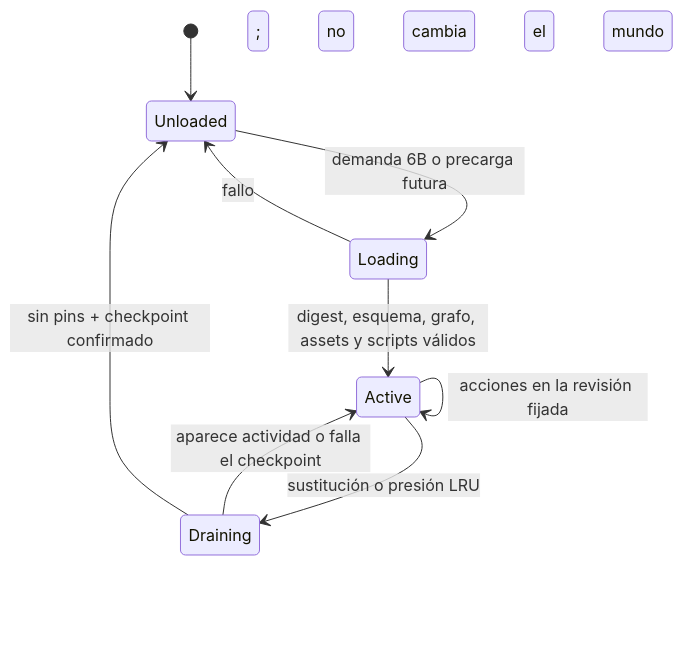
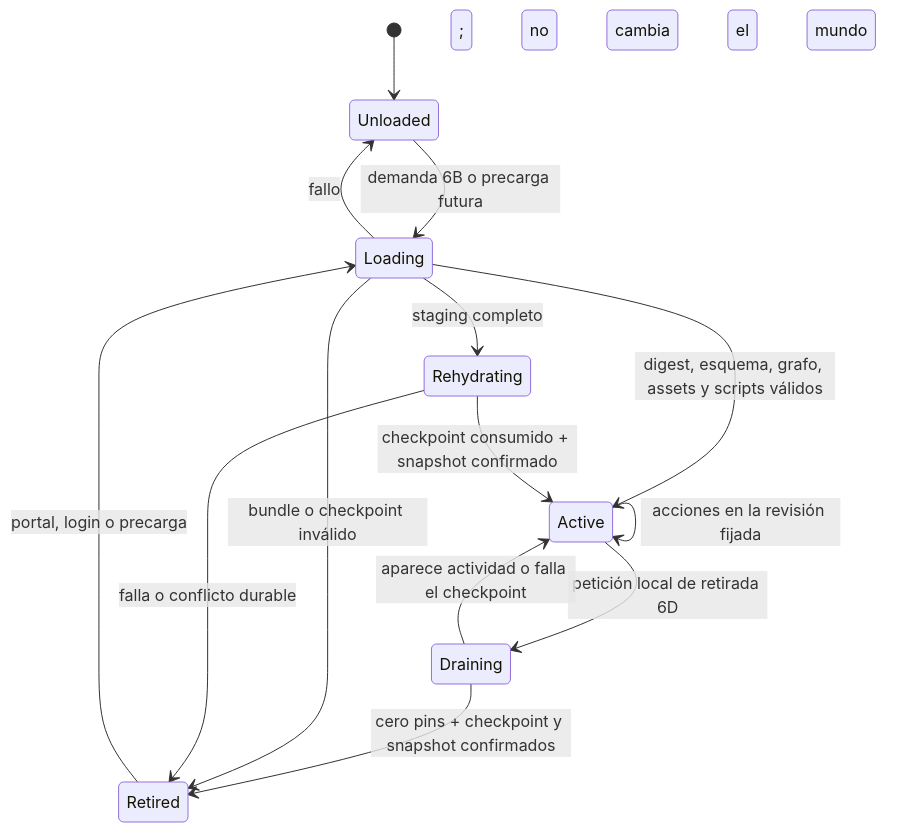
The diagram in docs/decisions/0005-hot-area-lifecycle.md (hyukudan/tiamud), drawn with Mermaid before and after one commit. The commit also changed other lines of this file and 58 other files, not shown here.

````diff
--- a/docs/decisions/0005-hot-area-lifecycle.md
+++ b/docs/decisions/0005-hot-area-lifecycle.md
@@ -140,14 +154,19 @@
 ```mermaid
 stateDiagram-v2
-    accTitle: Ciclo de vida por fases de un área de Tiamud
-    accDescr: La fase 6B implementa el crecimiento Unloaded a Loading a Active. Draining, descarga, sustitución y LRU siguen siendo arquitectura futura.
+    accTitle: Ciclo de vida aditivo y retirada de una unidad de áreas
+    accDescr: 6B implementa el crecimiento Unloaded a Loading a Active. 6D trabaja en Draining, checkpoint durable, Retired y rehidratación de la misma revisión; LRU permanece posterior.
 
     [*] --> Unloaded
     Unloaded --> Loading: demanda 6B o precarga futura
     Loading --> Active: digest, esquema, grafo, assets y scripts válidos
     Loading --> Unloaded: fallo; no cambia el mundo
-    Active --> Draining: sustitución o presión LRU
+    Active --> Draining: petición local de retirada 6D
     Draining --> Active: aparece actividad o falla el checkpoint
-    Draining --> Unloaded: sin pins + checkpoint confirmado
+    Draining --> Retired: cero pins + checkpoint y snapshot confirmados
+    Retired --> Loading: portal, login o precarga
+    Loading --> Retired: bundle o checkpoint inválido
+    Loading --> Rehydrating: staging completo
+    Rehydrating --> Retired: falla o conflicto durable
+    Rehydrating --> Active: checkpoint consumido + snapshot confirmado
     Active --> Active: acciones en la revisión fijada
 ```
````
